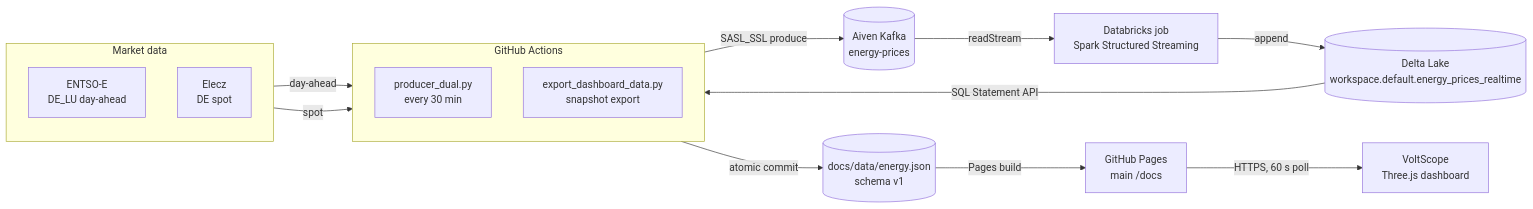
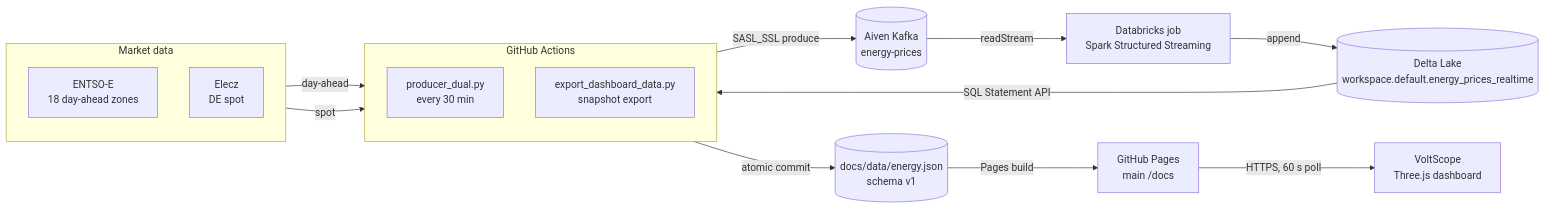
The first of 3 diagrams in README.md (mdsarfarazalam840/Energy-realtime), drawn with Mermaid before and after one commit. The commit also changed other lines of this file and 4 other files, not shown here.

First line of the commit message:
feat: ingest 18 ENTSO-E bidding zones

````diff
--- a/README.md
+++ b/README.md
@@ -128,31 +131,31 @@
 ```mermaid
 flowchart LR
   subgraph Sources["Market data"]
     direction TB
-    E["ENTSO-E<br/>DE_LU day-ahead"]
+    E["ENTSO-E<br/>18 day-ahead zones"]
     Z["Elecz<br/>DE spot"]
   end
 
   subgraph CICD["GitHub Actions"]
     direction TB
     P["producer_dual.py<br/>every 30 min"]
     X["export_dashboard_data.py<br/>snapshot export"]
   end
 
   K[("Aiven Kafka<br/>energy-prices")]
   D["Databricks job<br/>Spark Structured Streaming"]
   T[("Delta Lake<br/>workspace.default.energy_prices_realtime")]
   S[("docs/data/energy.json<br/>schema v1")]
   PAGES["GitHub Pages<br/>main /docs"]
   UI["VoltScope<br/>Three.js dashboard"]
 
   E -->|"day-ahead"| P
   Z -->|"spot"| P
   P -->|"SASL_SSL produce"| K
   K -->|"readStream"| D
   D -->|"append"| T
   T -->|"SQL Statement API"| X
   X -->|"atomic commit"| S
   S -->|"Pages build"| PAGES
   PAGES -->|"HTTPS, 60 s poll"| UI
 ```
````
